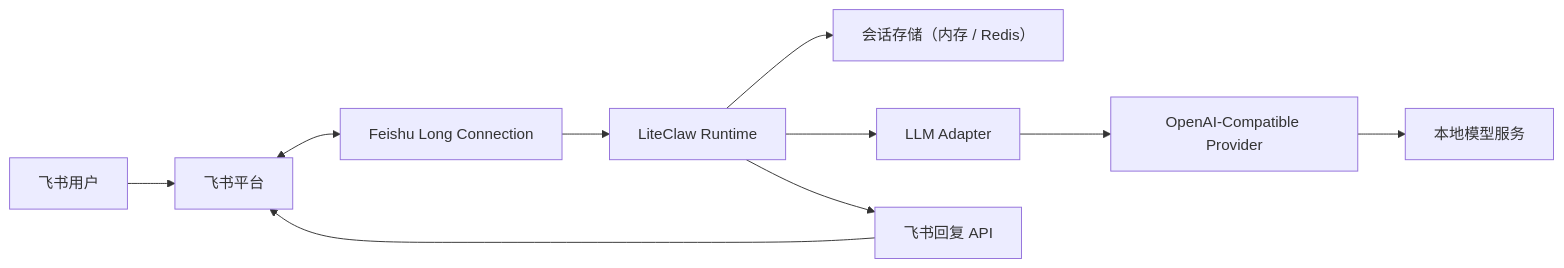
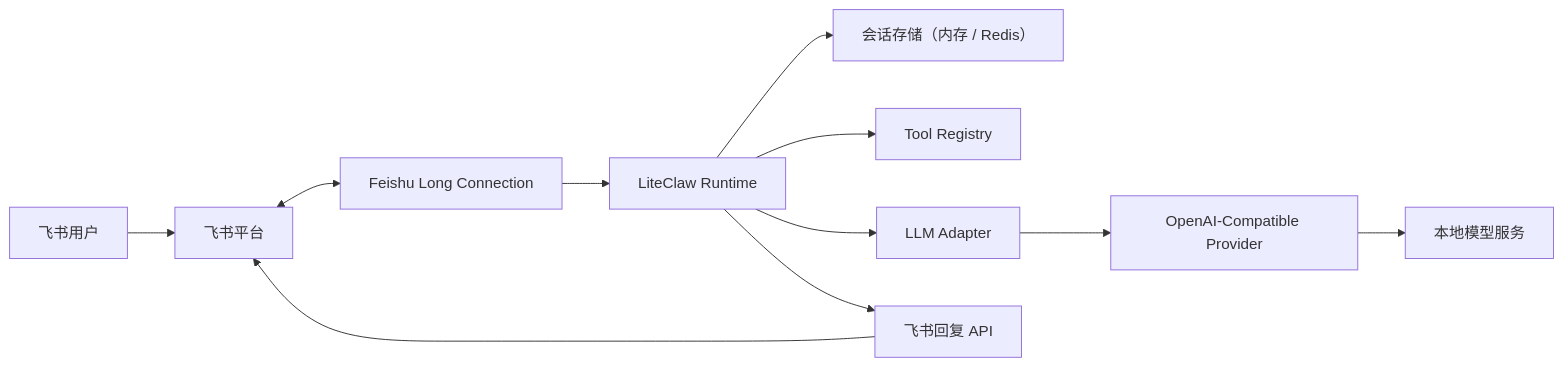
The diagram in README.md (WarrenJones/liteClaw), drawn with Mermaid before and after one commit. The commit also changed other lines of this file and 11 other files, not shown here.

First line of the commit message:
Add tool registry skeleton and runtime status snapshot

````diff
--- a/README.md
+++ b/README.md
@@ -57,12 +58,13 @@
 ```mermaid
 flowchart LR
     U["飞书用户"] --> F["飞书平台"]
     F <--> W["Feishu Long Connection"]
     W --> R["LiteClaw Runtime"]
     R --> M["会话存储（内存 / Redis）"]
+    R --> T["Tool Registry"]
     R --> L["LLM Adapter"]
     L --> P["OpenAI-Compatible Provider"]
     P --> S["本地模型服务"]
     R --> A["飞书回复 API"]
     A --> F
 ```
````
